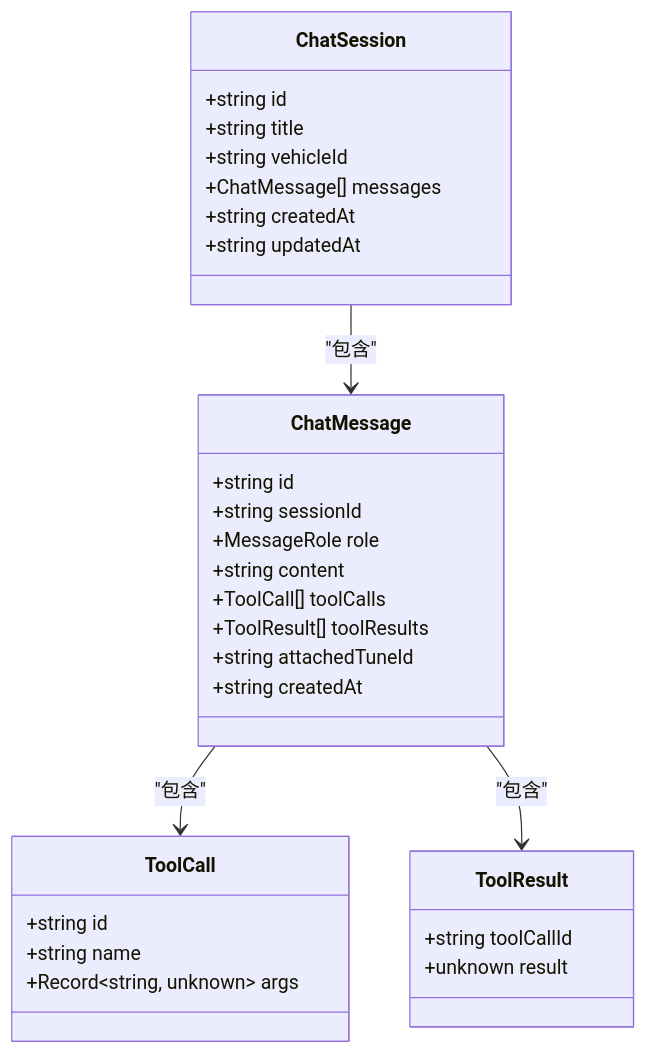
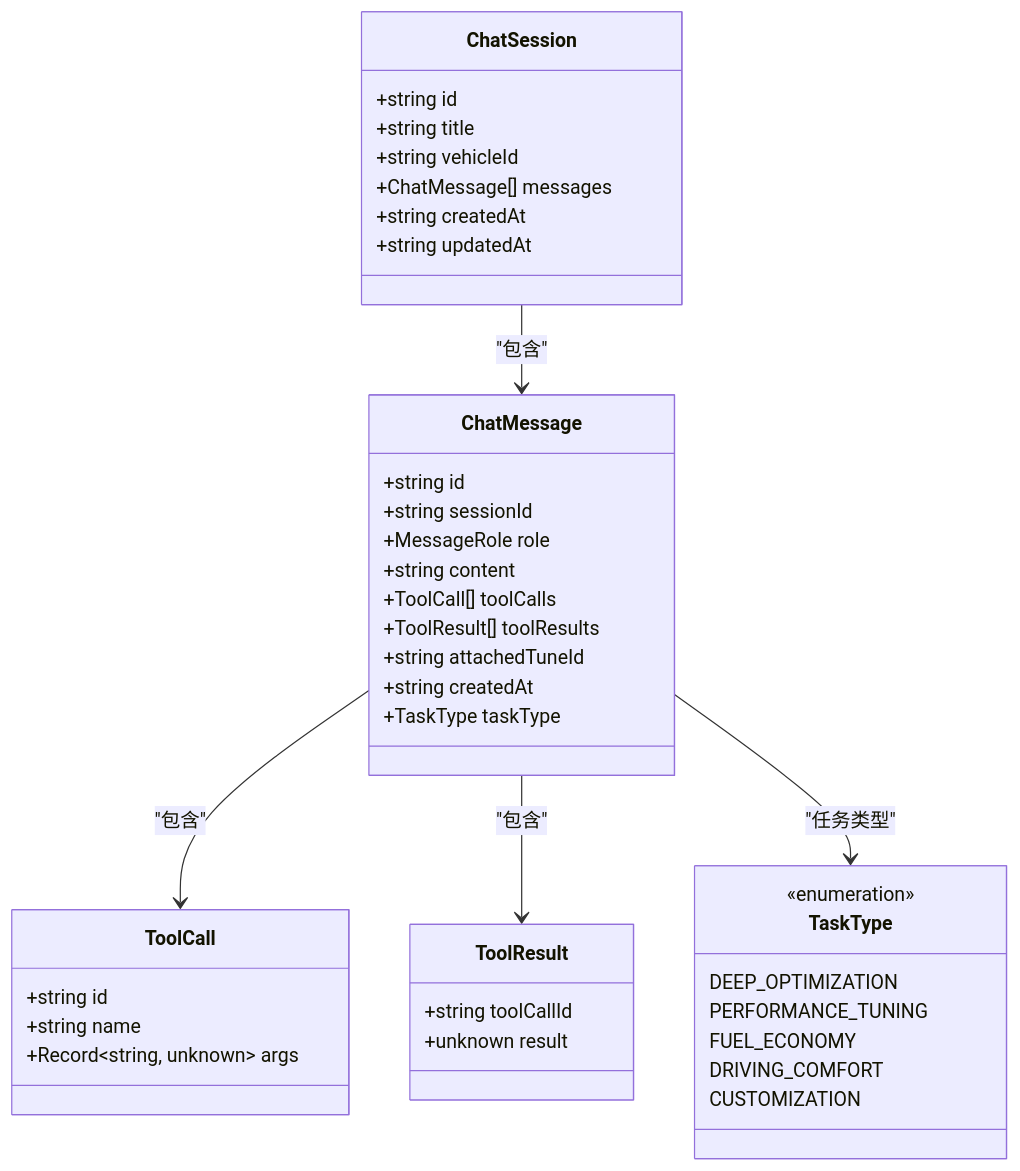
Before and after one commit to aHin0805/FH6CarSettingAgent: the second of 10 diagrams in .qoder/repowiki/zh/content/数据模型/聊天消息模型.md, drawn with Mermaid. The commit also changed other lines of this file and 59 other files, not shown here.

````diff
--- a/.qoder/repowiki/zh/content/数据模型/聊天消息模型.md
+++ b/.qoder/repowiki/zh/content/数据模型/聊天消息模型.md
@@ -78,33 +115,43 @@
 ```mermaid
 classDiagram
 class ChatMessage {
 +string id
 +string sessionId
 +MessageRole role
 +string content
 +ToolCall[] toolCalls
 +ToolResult[] toolResults
 +string attachedTuneId
 +string createdAt
++TaskType taskType
 }
 class ToolCall {
 +string id
 +string name
 +Record~string, unknown~ args
 }
 class ToolResult {
 +string toolCallId
 +unknown result
 }
 class ChatSession {
 +string id
 +string title
 +string vehicleId
 +ChatMessage[] messages
 +string createdAt
 +string updatedAt
 }
+class TaskType {
+<<enumeration>>
+DEEP_OPTIMIZATION
+PERFORMANCE_TUNING
+FUEL_ECONOMY
+DRIVING_COMFORT
+CUSTOMIZATION
+}
 ChatMessage --> ToolCall : "包含"
 ChatMessage --> ToolResult : "包含"
+ChatMessage --> TaskType : "任务类型"
 ChatSession --> ChatMessage : "包含"
 ```
````
